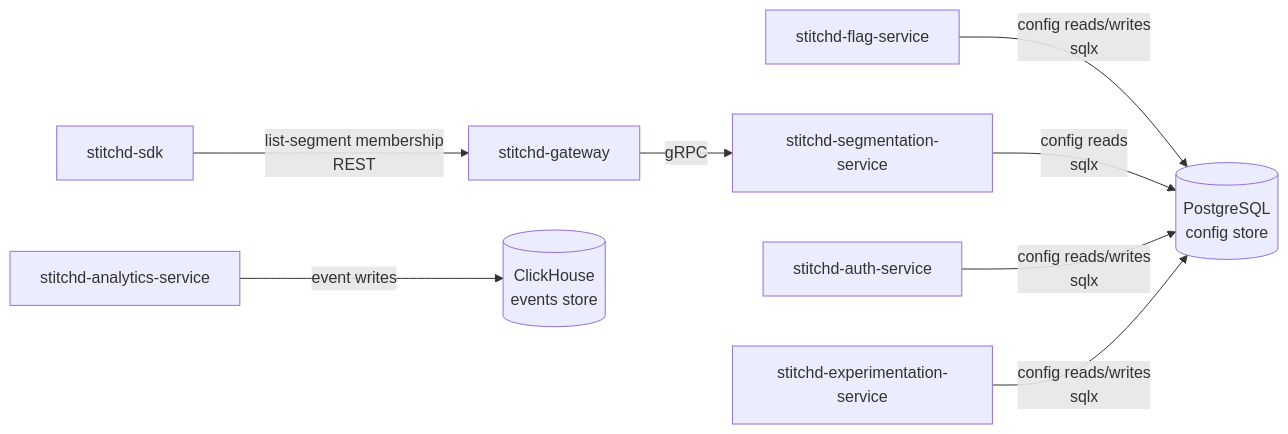
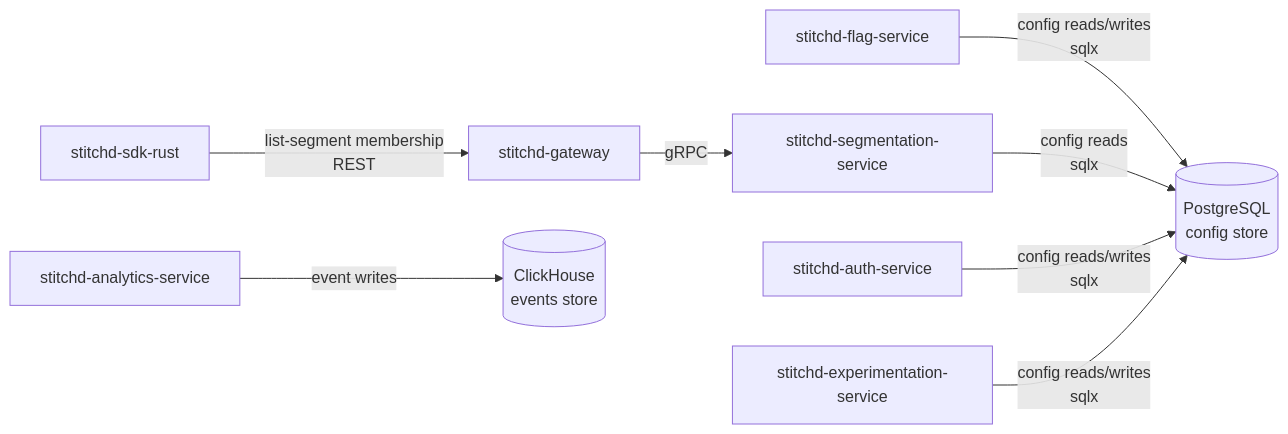
The diagram in docs/src/architecture/data-stores.md (stitchd-dev/feature-flag), drawn with Mermaid before and after one commit. The commit also changed other lines of this file and 11 other files, not shown here.

````diff
--- a/docs/src/architecture/data-stores.md
+++ b/docs/src/architecture/data-stores.md
@@ -8,18 +8,18 @@
 ```mermaid
 graph LR
     GW[stitchd-gateway]
     FS[stitchd-flag-service]
     SS[stitchd-segmentation-service]
     AS[stitchd-auth-service]
     XS[stitchd-experimentation-service]
     ANS[stitchd-analytics-service]
 
     FS -->|config reads/writes\nsqlx| PG[(PostgreSQL\nconfig store)]
     SS -->|config reads\nsqlx| PG
     AS -->|config reads/writes\nsqlx| PG
     XS -->|config reads/writes\nsqlx| PG
     ANS -->|event writes| CH[(ClickHouse\nevents store)]
 
-    SDK[stitchd-sdk] -->|list-segment membership\nREST| GW
+    SDK[stitchd-sdk-rust] -->|list-segment membership\nREST| GW
     GW -->|gRPC| SS
 ```
````
